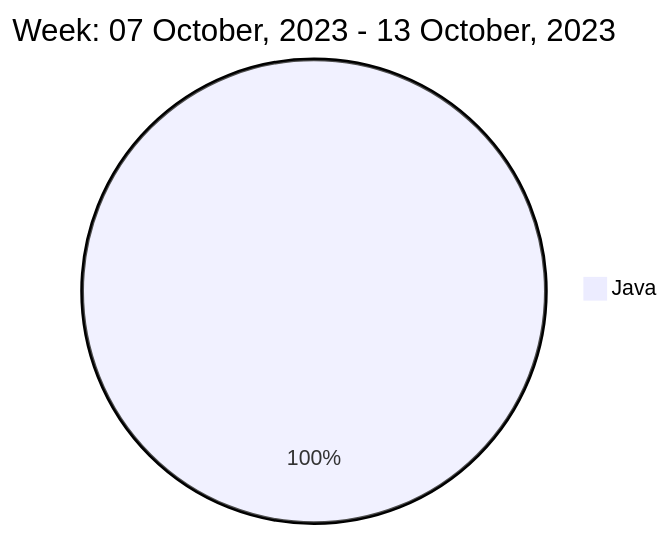
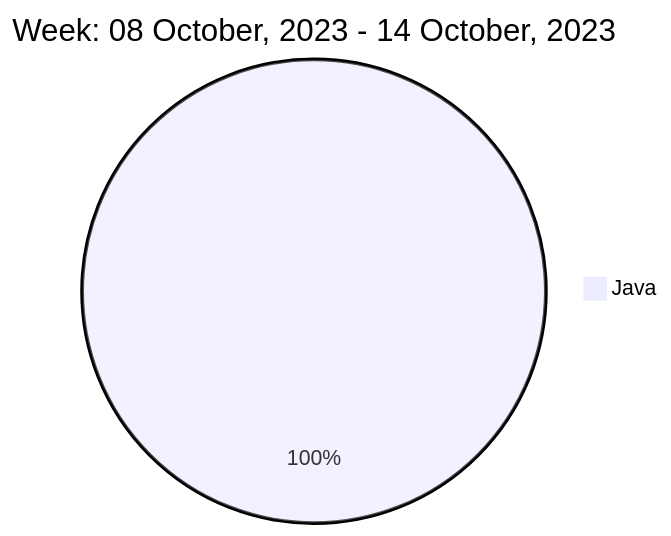
One commit to liubin95/liubin95 changed the diagram in README.md. Above: the diagram before and after it, drawn with Mermaid.

Commit message:
Updated the Graph with new Metrics

````diff
--- a/README.md
+++ b/README.md
@@ -40,5 +40,5 @@
 ```mermaid
  pie
-title Week: 07 October, 2023 - 13 October, 2023
- "Java" : 5.32
+title Week: 08 October, 2023 - 14 October, 2023
+ "Java" : 3.0
 ```
````
